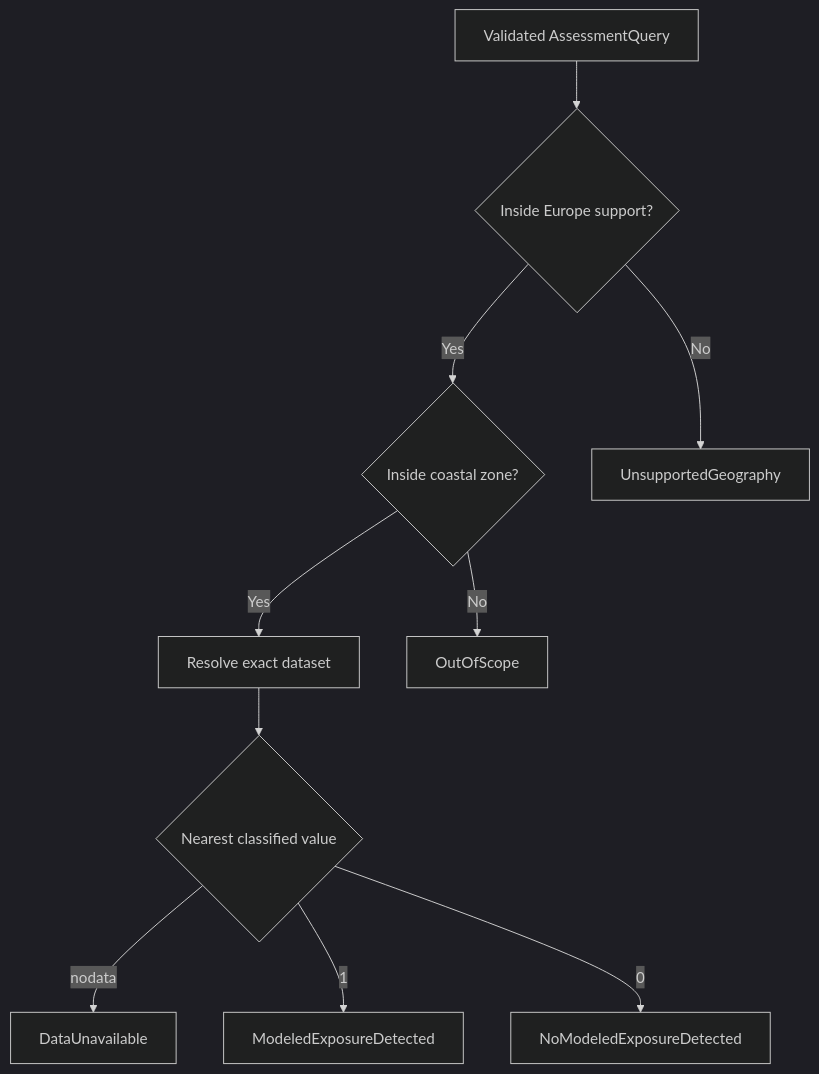
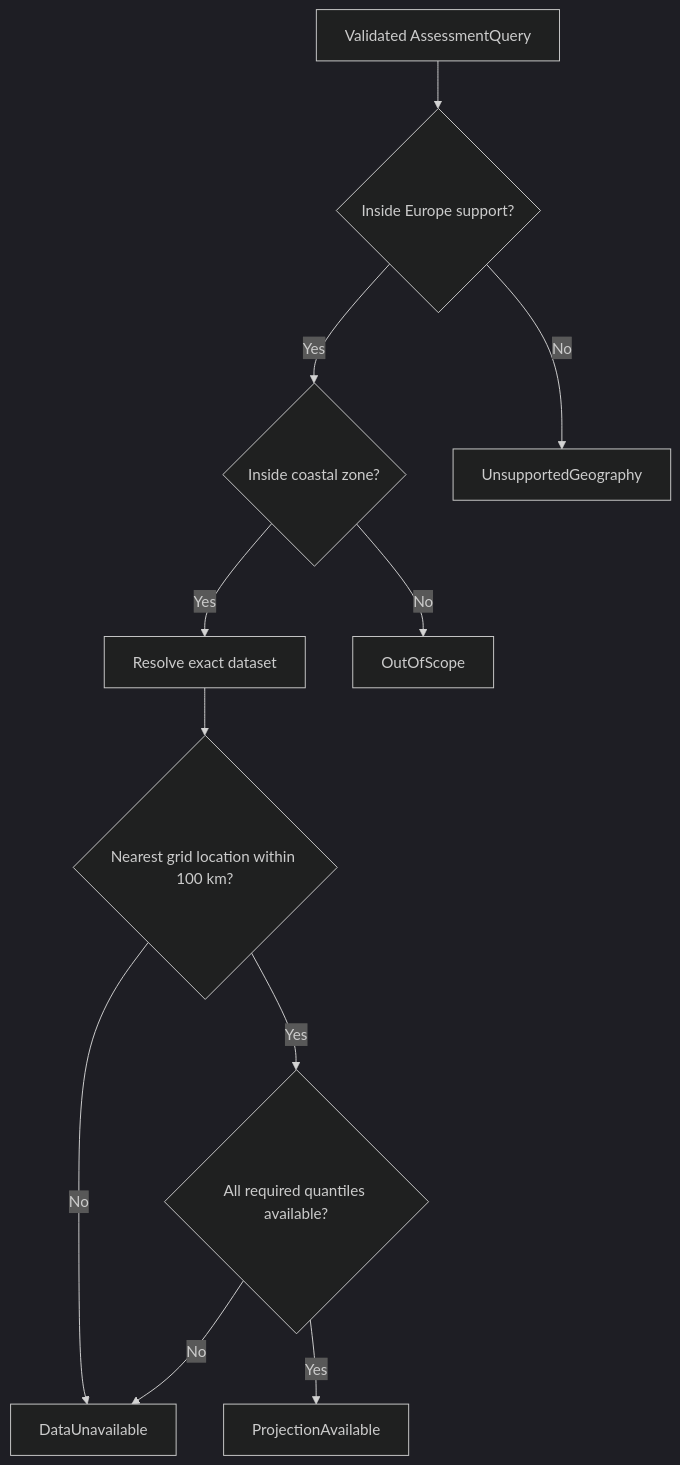
The second of 2 diagrams in docs/architecture/13-domain-model.md (artemsemdev/SeaRise-Europe), drawn with Mermaid (dark theme) before and after one commit. The commit also changed other lines of this file and 2 other files, not shown here.

Commit message:
docs(architecture): adopt projection domain contract

````diff
--- a/docs/architecture/13-domain-model.md
+++ b/docs/architecture/13-domain-model.md
@@ -372,22 +390,23 @@
 ```mermaid
 flowchart TD
     Q[Validated AssessmentQuery]
     E{Inside Europe support?}
     C{Inside coastal zone?}
     D[Resolve exact dataset]
-    P{Nearest classified value}
+    P{Nearest grid location within 100 km?}
+    V{All required quantiles available?}
     UG[UnsupportedGeography]
     OS[OutOfScope]
     DU[DataUnavailable]
-    ME[ModeledExposureDetected]
-    NM[NoModeledExposureDetected]
+    PA[ProjectionAvailable]
 
     Q --> E
     E -- No --> UG
     E -- Yes --> C
     C -- No --> OS
     C -- Yes --> D --> P
-    P -- nodata --> DU
-    P -- 1 --> ME
-    P -- 0 --> NM
+    P -- No --> DU
+    P -- Yes --> V
+    V -- No --> DU
+    V -- Yes --> PA
 ```
````
